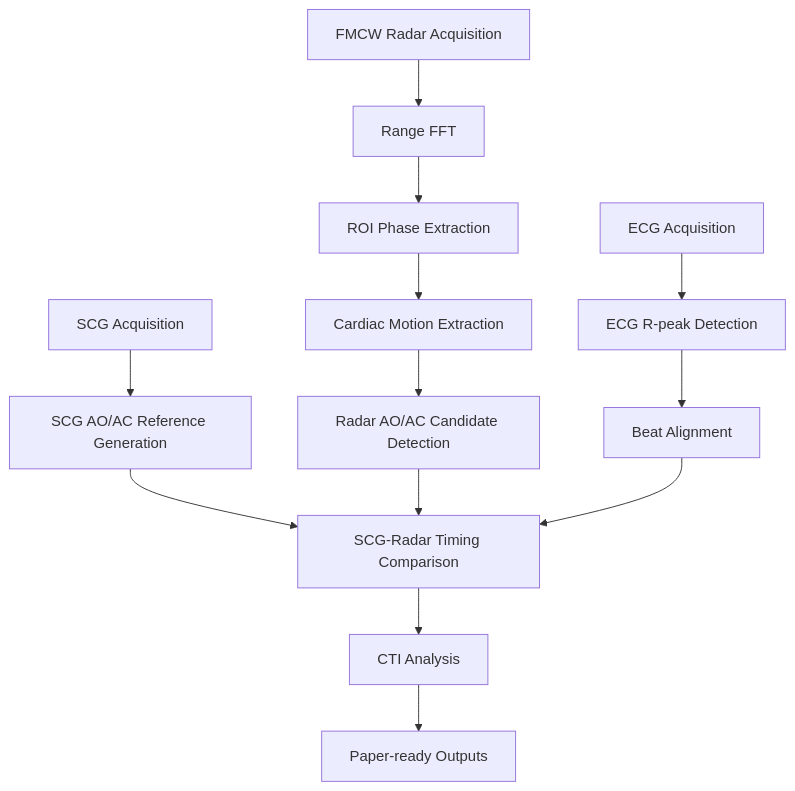
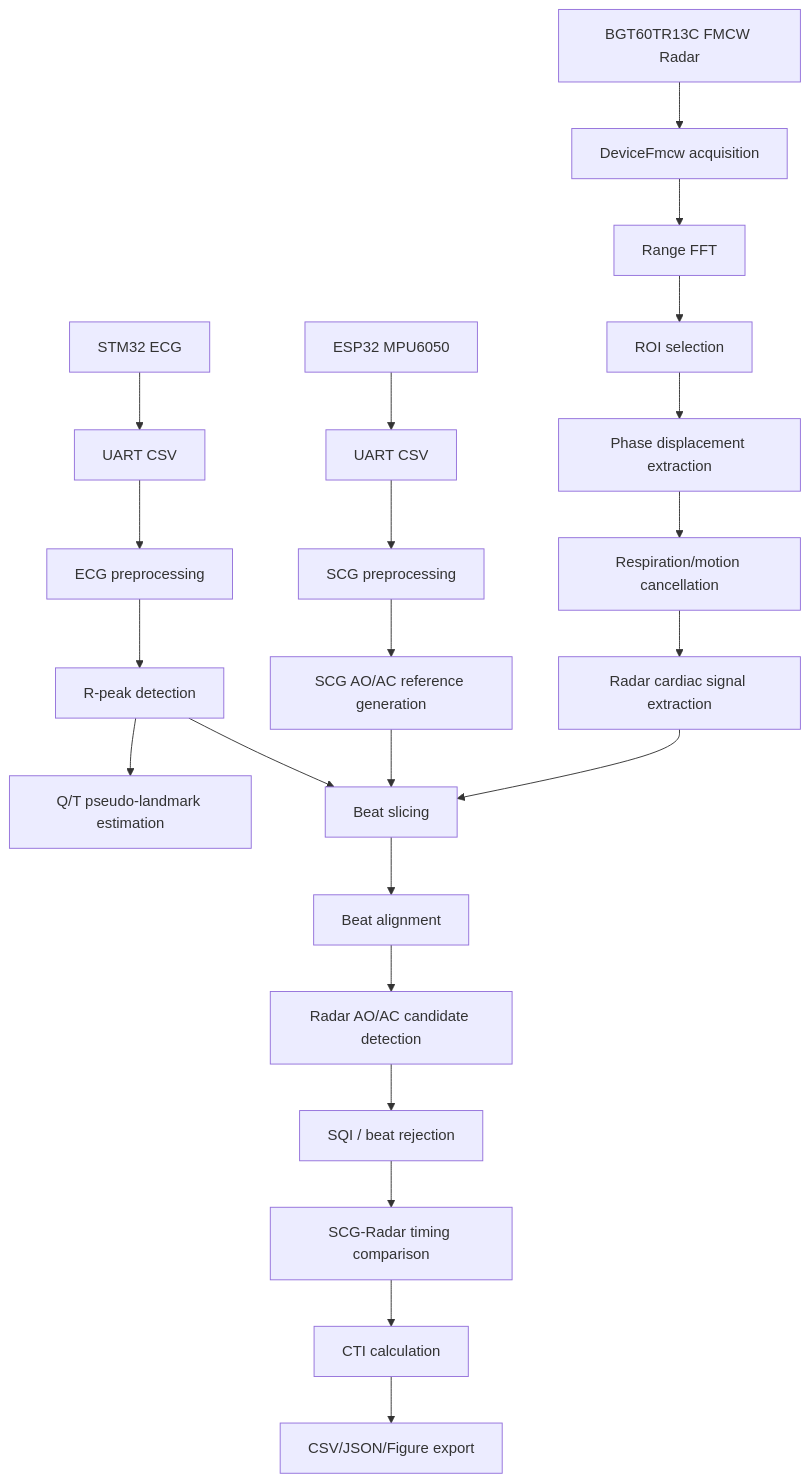
One commit to Tontonjeong/fmcw-radar-aoac-cardiac-analysis changed the diagram in README.md. Above: the diagram before and after it, drawn with Mermaid. The commit also changed other lines of this file and 8 other files, not shown here.

````diff
--- a/README.md
+++ b/README.md
@@ -79,7 +44,28 @@
 ```mermaid
 flowchart TD
-    A["ECG Acquisition"] --> B["ECG R-peak Detection"] --> C["Beat Alignment"]
-    D["SCG Acquisition"] --> E["SCG AO/AC Reference Generation"] --> H["SCG-Radar Timing Comparison"]
-    F["FMCW Radar Acquisition"] --> G["Range FFT"] --> I["ROI Phase Extraction"] --> J["Cardiac Motion Extraction"] --> K["Radar AO/AC Candidate Detection"] --> H
-    C --> H --> L["CTI Analysis"] --> M["Paper-ready Outputs"]
+    STM["STM32 ECG"] --> ECGCSV["UART CSV"]
+    ECGCSV --> ECGPRE["ECG preprocessing"]
+    ECGPRE --> RPEAK["R-peak detection"]
+    RPEAK --> QT["Q/T pseudo-landmark estimation"]
+
+    ESP["ESP32 MPU6050"] --> SCGCSV["UART CSV"]
+    SCGCSV --> SCGPRE["SCG preprocessing"]
+    SCGPRE --> SCGREF["SCG AO/AC reference generation"]
+
+    RAD["BGT60TR13C FMCW Radar"] --> DEV["DeviceFmcw acquisition"]
+    DEV --> FFT["Range FFT"]
+    FFT --> ROI["ROI selection"]
+    ROI --> PHASE["Phase displacement extraction"]
+    PHASE --> RESP["Respiration/motion cancellation"]
+    RESP --> RCARD["Radar cardiac signal extraction"]
+
+    RPEAK --> SLICE["Beat slicing"]
+    SCGREF --> SLICE
+    RCARD --> SLICE
+    SLICE --> ALIGN["Beat alignment"]
+    ALIGN --> DET["Radar AO/AC candidate detection"]
+    DET --> SQI["SQI / beat rejection"]
+    SQI --> COMP["SCG-Radar timing comparison"]
+    COMP --> CTI["CTI calculation"]
+    CTI --> EXPORT["CSV/JSON/Figure export"]
 ```
````
